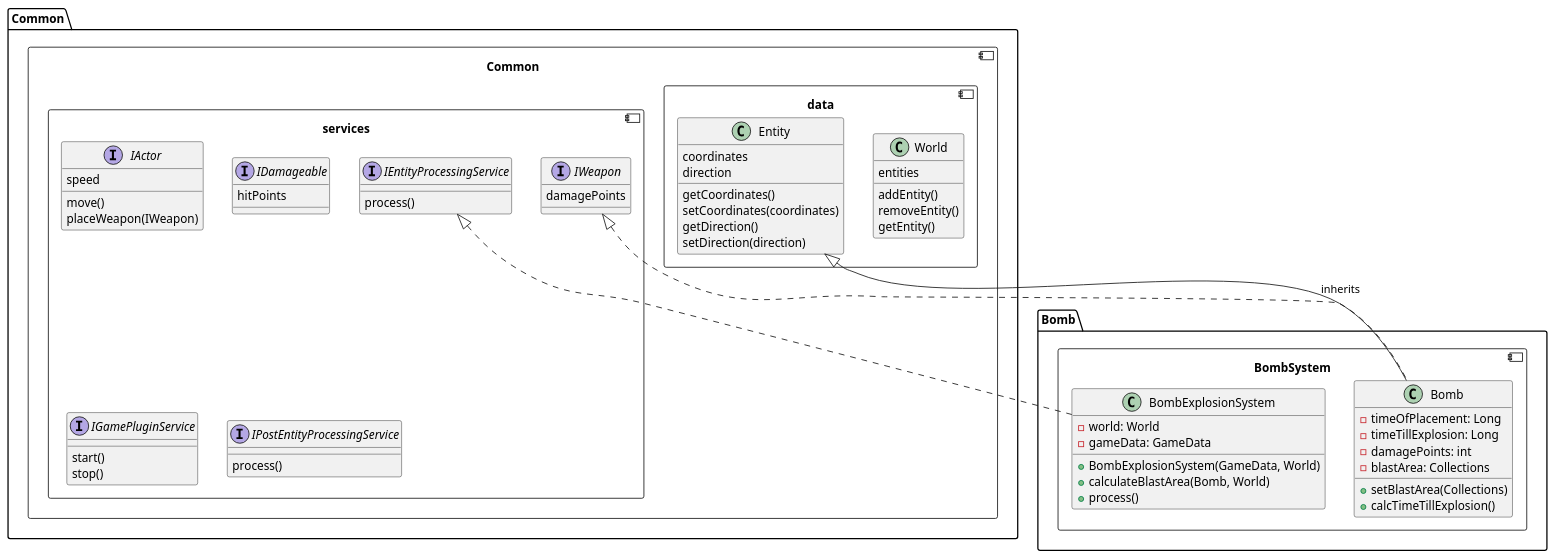
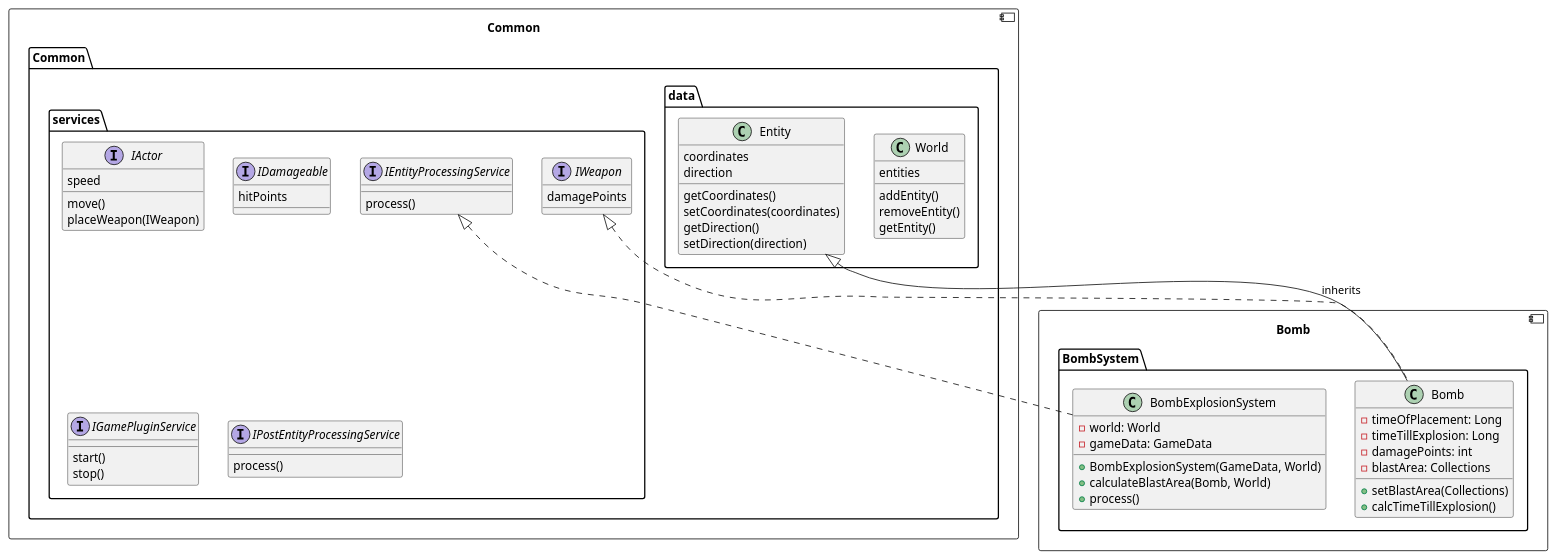
The diagram in Documentation/class_diagram.puml (TidosDK/boom-battle), drawn with PlantUML before and after one commit.

Commit message:
Fixed packages and components

```diff
--- a/Documentation/class_diagram.puml
+++ b/Documentation/class_diagram.puml
@@ -1,95 +1,95 @@
 @startuml
-package Common {
-    component Common {
+component Common {
+    package Common {
 
-        component services {
+        package services {
             interface IActor {
                 speed
                 move()
                 placeWeapon(IWeapon)
             }
 
             interface IWeapon {
                 damagePoints
             }
 
             interface IDamageable {
                 hitPoints
             }
 
             interface IGamePluginService {
                 start()
                 stop()
             }
 
             interface IEntityProcessingService {
                 process()
             }
 
             interface IPostEntityProcessingService {
                 process()
             }
         }
 
-        component data {
+        package data {
             class World {
                 entities
                 addEntity()
                 removeEntity()
                 getEntity()
             }
 
             class Entity {
                 coordinates
                 direction
 
                 getCoordinates()
                 setCoordinates(coordinates)
                 getDirection()
                 setDirection(direction)
             }
         }
     }
 
 
 '	component Parts {
 '		interface EntityPart {
 '			process()
 '		}
 '
 '		class LifePart implements EntityPart {
 '		}
 '
 '		class MovingPart implements EntityPart {
 '		}
 '
 '		class PositionPart implements EntityPart {
 '		}
 '
 '	}
 }
-package Bomb{
-    component BombSystem {
+component Bomb{
+    package BombSystem {
         class Bomb implements Common.Common.services.IWeapon{
             - timeOfPlacement: Long
             - timeTillExplosion: Long
             - damagePoints: int
             - blastArea: Collections
             + setBlastArea(Collections)
             + calcTimeTillExplosion()
         }
         Bomb --|> Entity : inherits
 
         class BombExplosionSystem implements Common.Common.services.IEntityProcessingService {
             - world: World
             - gameData: GameData
             + BombExplosionSystem(GameData, World)
             + calculateBlastArea(Bomb, World)
             + process()
         }
     }
 }
 
 
 
 @enduml
```
